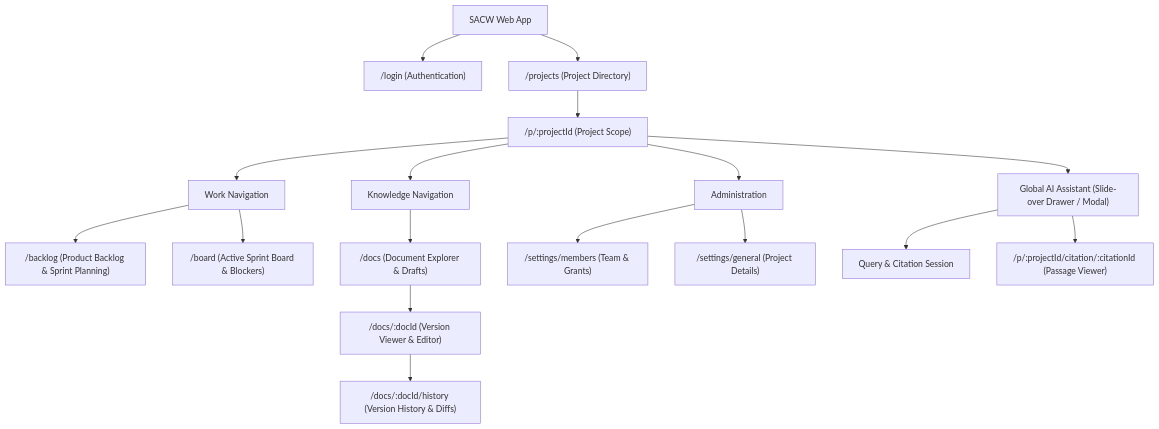
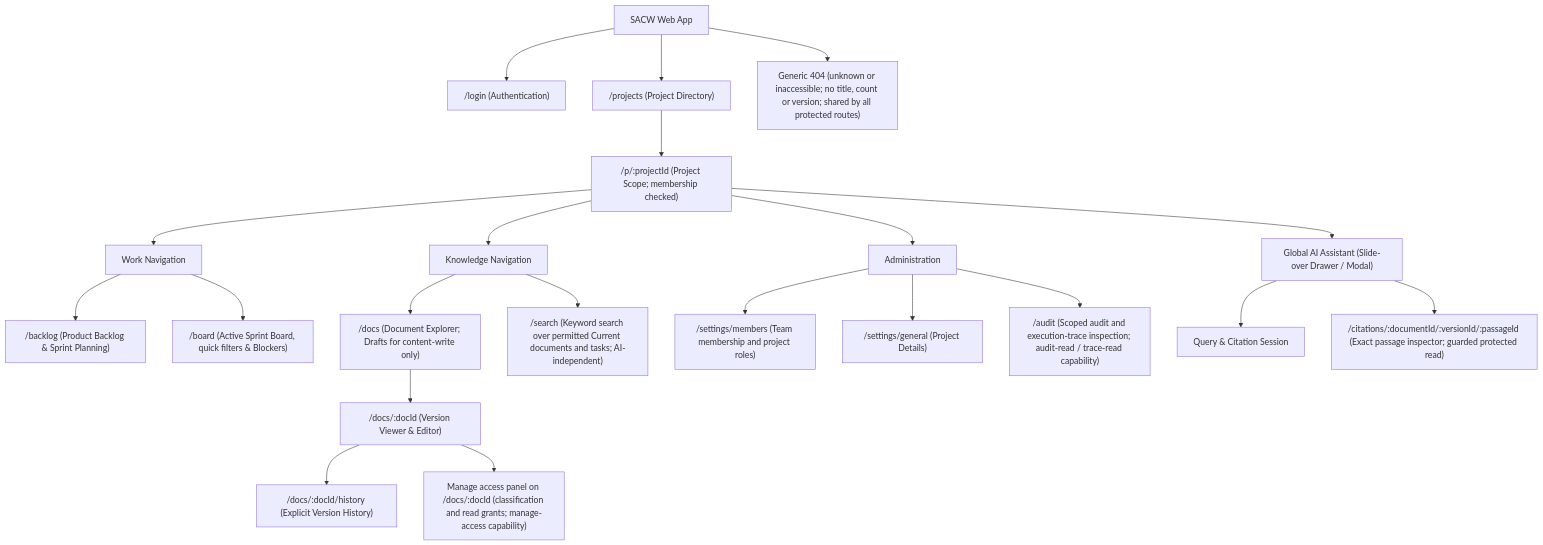
Before and after one commit to 900M100CK/scrum-workspace-KMS-ai: the diagram in docs/sdlc/diagrams/sitemap/application-sitemap.mmd, drawn with Mermaid. The commit also changed 6 other files, not shown here.

First line of the commit message:
docs(diagrams): reconcile versions and extend sitemap boundaries

```diff
--- a/docs/sdlc/diagrams/sitemap/application-sitemap.mmd
+++ b/docs/sdlc/diagrams/sitemap/application-sitemap.mmd
@@ -1,22 +1,24 @@
+%% DGM-SITE-01 v0.2 Draft - 12 October 2026
+%% Sources: docs/ux/sitemap.md v0.3; PRD-01 v0.4; UC-02 v0.2 (UC-02, UC-06, UC-08, UC-09, UC-13); SAD-03 v0.5; Proposed ADR-0001 v0.2 / ADR-0006 v0.1; OpenAPI v0.1.0
+%% Browser routes need not equal HTTP API paths. Citation inspection carries the exact document/version/passage identity. Route names are proposals pending Stage 5/6 owner review.
 graph TD
     Root["SACW Web App"] --> Auth["/login (Authentication)"]
     Root --> Projects["/projects (Project Directory)"]
-    
-    Projects --> ProjContext["/p/:projectId (Project Scope)"]
-    
+    Root --> NotFound["Generic 404 (unknown or inaccessible; no title, count or version; shared by all protected routes)"]
+    Projects --> ProjContext["/p/:projectId (Project Scope; membership checked)"]
     ProjContext --> WorkNav["Work Navigation"]
     WorkNav --> Backlog["/backlog (Product Backlog & Sprint Planning)"]
-    WorkNav --> Board["/board (Active Sprint Board & Blockers)"]
-    
+    WorkNav --> Board["/board (Active Sprint Board, quick filters & Blockers)"]
     ProjContext --> KMSNav["Knowledge Navigation"]
-    KMSNav --> Docs["/docs (Document Explorer & Drafts)"]
+    KMSNav --> Docs["/docs (Document Explorer; Drafts for content-write only)"]
+    KMSNav --> Search["/search (Keyword search over permitted Current documents and tasks; AI-independent)"]
     Docs --> DocDetail["/docs/:docId (Version Viewer & Editor)"]
-    DocDetail --> DocHistory["/docs/:docId/history (Version History & Diffs)"]
-    
+    DocDetail --> DocHistory["/docs/:docId/history (Explicit Version History)"]
+    DocDetail --> DocAccess["Manage access panel on /docs/:docId (classification and read grants; manage-access capability)"]
     ProjContext --> AdminNav["Administration"]
-    AdminNav --> Members["/settings/members (Team & Grants)"]
+    AdminNav --> Members["/settings/members (Team membership and project roles)"]
     AdminNav --> ProjSettings["/settings/general (Project Details)"]
-    
+    AdminNav --> Audit["/audit (Scoped audit and execution-trace inspection; audit-read / trace-read capability)"]
     ProjContext --> GlobalAI["Global AI Assistant (Slide-over Drawer / Modal)"]
     GlobalAI --> QueryHistory["Query & Citation Session"]
-    GlobalAI --> CitationViewer["/p/:projectId/citation/:citationId (Passage Viewer)"]
+    GlobalAI --> CitationViewer["/citations/:documentId/:versionId/:passageId (Exact passage inspector; guarded protected read)"]
```
